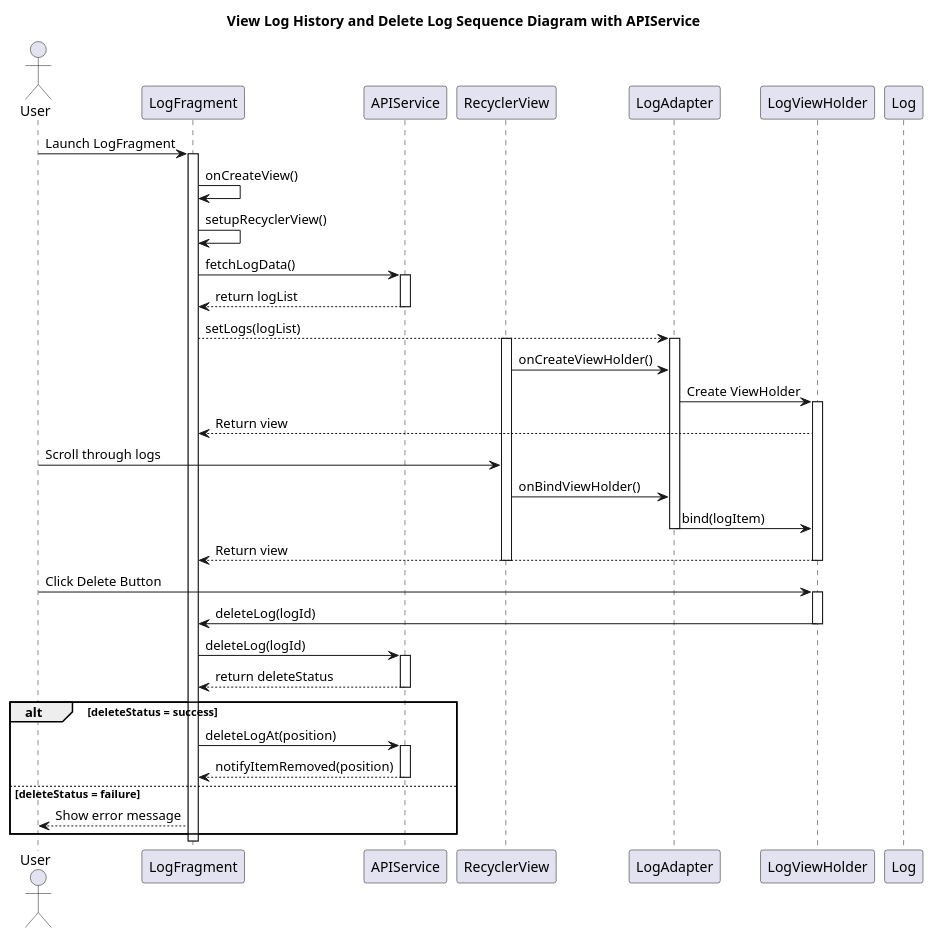
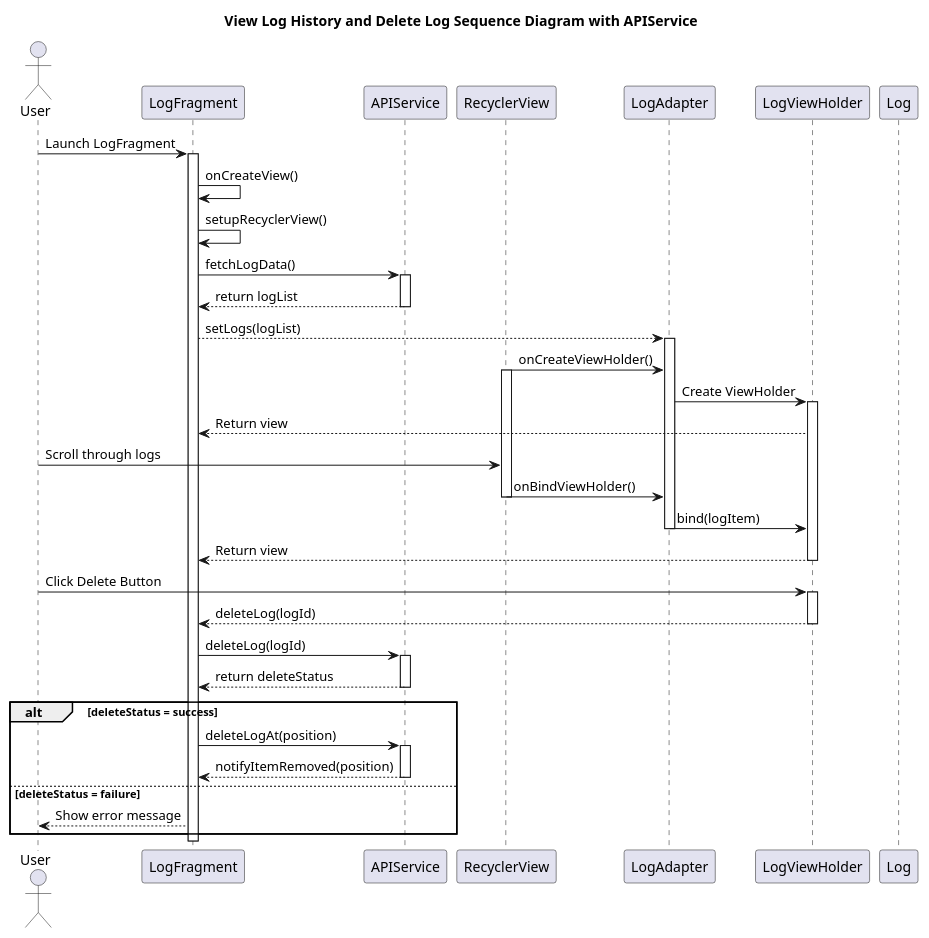
Before and after one commit to Caothuludau/InSyncDocument: the diagram in ClassDiagram/MobileDiagram/LogManagement/DeleteLogSequenceDiagram.plantuml, drawn with PlantUML. The commit also changed 14 other files, not shown here.

```diff
--- a/ClassDiagram/MobileDiagram/LogManagement/DeleteLogSequenceDiagram.plantuml
+++ b/ClassDiagram/MobileDiagram/LogManagement/DeleteLogSequenceDiagram.plantuml
@@ -1,62 +1,63 @@
 @startuml ViewLogHistorySequenceDiagram
 
 title View Log History and Delete Log Sequence Diagram with APIService
 
 actor User
 participant LogFragment
 participant APIService
 participant RecyclerView
 participant LogAdapter
 participant LogViewHolder
 participant Log
 
 User -> LogFragment : Launch LogFragment
 activate LogFragment
 LogFragment -> LogFragment : onCreateView()
 LogFragment -> LogFragment : setupRecyclerView()
 LogFragment -> APIService : fetchLogData()
 activate APIService
 APIService --> LogFragment : return logList
 deactivate APIService
 
 LogFragment --> LogAdapter : setLogs(logList)
 activate LogAdapter
+
+RecyclerView -> LogAdapter : onCreateViewHolder()
 activate RecyclerView
-RecyclerView -> LogAdapter : onCreateViewHolder()
-
 LogAdapter -> LogViewHolder : Create ViewHolder
 activate LogViewHolder
 LogViewHolder --> LogFragment : Return view
 
 User -> RecyclerView : Scroll through logs
 RecyclerView -> LogAdapter : onBindViewHolder()
+deactivate RecyclerView
 LogAdapter -> LogViewHolder : bind(logItem)
 deactivate LogAdapter
 LogViewHolder --> LogFragment : Return view
 deactivate LogViewHolder
-deactivate RecyclerView
+
 
 User -> LogViewHolder : Click Delete Button
 activate LogViewHolder
-LogViewHolder -> LogFragment : deleteLog(logId)
+LogViewHolder --> LogFragment : deleteLog(logId)
 deactivate LogViewHolder
 'activate LogFragment
 LogFragment -> APIService : deleteLog(logId)
 activate APIService
 APIService --> LogFragment : return deleteStatus
 deactivate APIService
 
 alt deleteStatus = success
     LogFragment -> APIService : deleteLogAt(position)
     activate APIService
     APIService --> LogFragment : notifyItemRemoved(position)
     deactivate APIService
 else deleteStatus = failure
     LogFragment --> User : Show error message
 end
 
 deactivate LogFragment
 
 deactivate LogFragment
 
 @enduml
```
